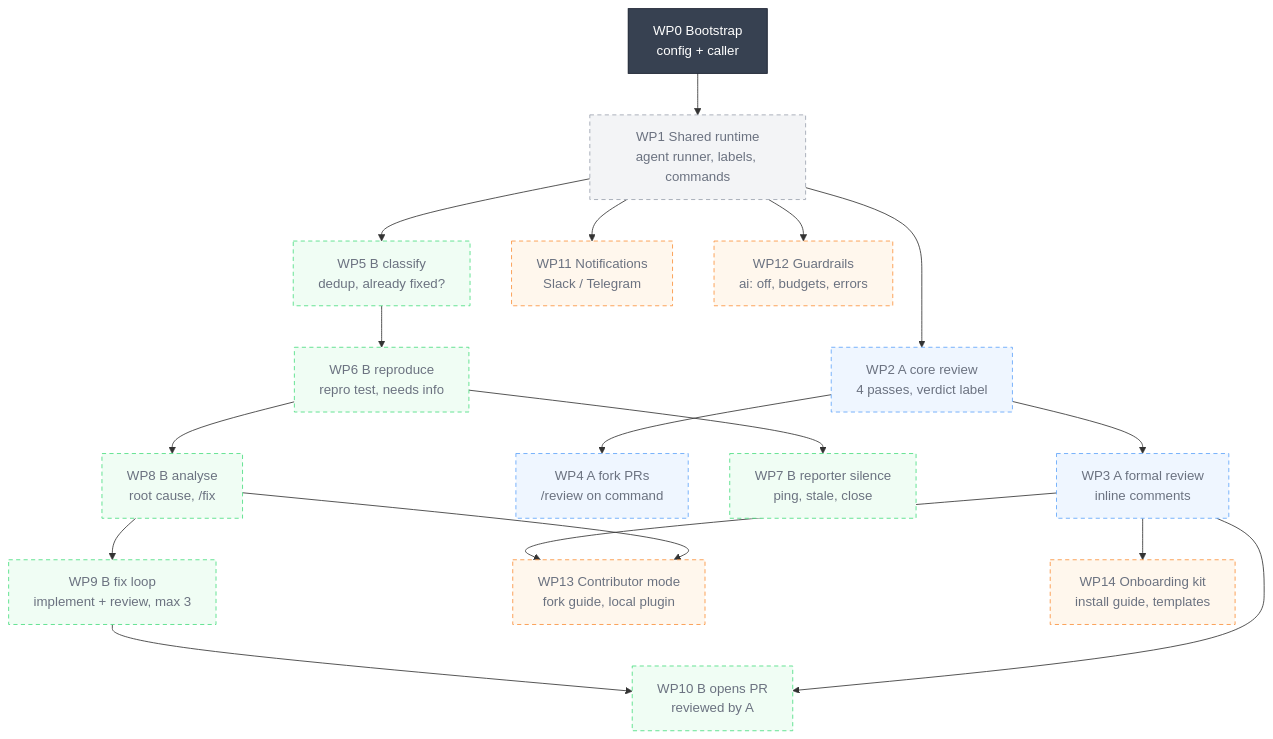
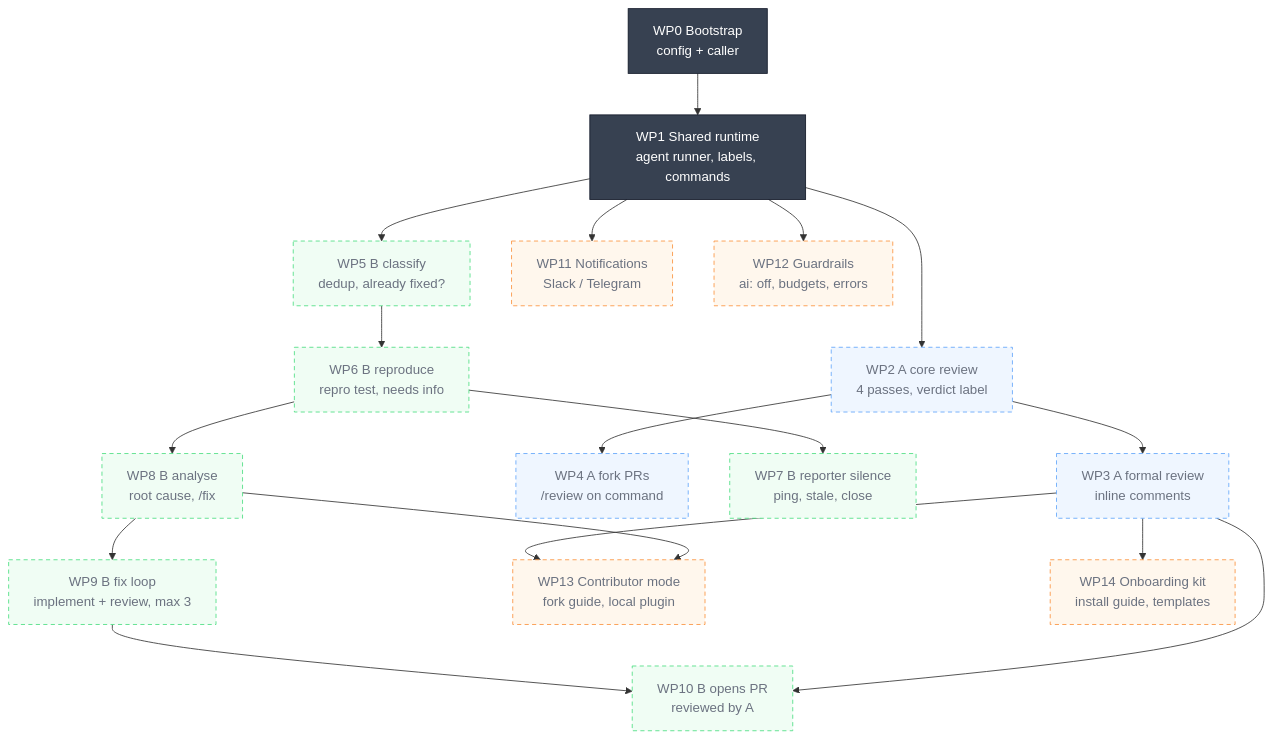
Before and after one commit to esciara/ai-workflows: the first of 2 diagrams in docs/diagrams.md, drawn with Mermaid. The commit also changed 1 other file, not shown here.

Commit message:
docs: WP1 done (progress, diagram)
Claude-Session: https://claude.ai/code/session_016mqKwhLZEg4hC2qUGNcH7s

````diff
--- a/docs/diagrams.md
+++ b/docs/diagrams.md
@@ -20,47 +20,47 @@
 ```mermaid
 flowchart TD
-  WP0["WP0 Bootstrap<br/>config + caller"]:::done --> WP1["WP1 Shared runtime<br/>agent runner, labels, commands"]:::base
+  WP0["WP0 Bootstrap<br/>config + caller"]:::done --> WP1["WP1 Shared runtime<br/>agent runner, labels, commands"]:::done
 
   WP1 --> WP2["WP2 A core review<br/>4 passes, verdict label"]:::a
   WP2 --> WP3["WP3 A formal review<br/>inline comments"]:::a
   WP2 --> WP4["WP4 A fork PRs<br/>/review on command"]:::a
 
   WP1 --> WP5["WP5 B classify<br/>dedup, already fixed?"]:::b
   WP5 --> WP6["WP6 B reproduce<br/>repro test, needs info"]:::b
   WP6 --> WP7["WP7 B reporter silence<br/>ping, stale, close"]:::b
   WP6 --> WP8["WP8 B analyse<br/>root cause, /fix"]:::b
   WP8 --> WP9["WP9 B fix loop<br/>implement + review, max 3"]:::b
   WP9 --> WP10["WP10 B opens PR<br/>reviewed by A"]:::b
   WP3 --> WP10
 
   WP1 --> WP11["WP11 Notifications<br/>Slack / Telegram"]:::x
   WP1 --> WP12["WP12 Guardrails<br/>ai: off, budgets, errors"]:::x
   WP3 --> WP13["WP13 Contributor mode<br/>fork guide, local plugin"]:::x
   WP8 --> WP13
   WP3 --> WP14["WP14 Onboarding kit<br/>install guide, templates"]:::x
 
   click WP0 "https://github.com/esciara/ai-workflows/blob/main/docs/plan.md?plain=1#L32" "Open WP0 in docs/plan.md" _blank
   click WP1 "https://github.com/esciara/ai-workflows/blob/main/docs/plan.md?plain=1#L33" "Open WP1 in docs/plan.md" _blank
   click WP2 "https://github.com/esciara/ai-workflows/blob/main/docs/plan.md?plain=1#L34" "Open WP2 in docs/plan.md" _blank
   click WP3 "https://github.com/esciara/ai-workflows/blob/main/docs/plan.md?plain=1#L35" "Open WP3 in docs/plan.md" _blank
   click WP4 "https://github.com/esciara/ai-workflows/blob/main/docs/plan.md?plain=1#L36" "Open WP4 in docs/plan.md" _blank
   click WP5 "https://github.com/esciara/ai-workflows/blob/main/docs/plan.md?plain=1#L37" "Open WP5 in docs/plan.md" _blank
   click WP6 "https://github.com/esciara/ai-workflows/blob/main/docs/plan.md?plain=1#L38" "Open WP6 in docs/plan.md" _blank
   click WP7 "https://github.com/esciara/ai-workflows/blob/main/docs/plan.md?plain=1#L39" "Open WP7 in docs/plan.md" _blank
   click WP8 "https://github.com/esciara/ai-workflows/blob/main/docs/plan.md?plain=1#L40" "Open WP8 in docs/plan.md" _blank
   click WP9 "https://github.com/esciara/ai-workflows/blob/main/docs/plan.md?plain=1#L41" "Open WP9 in docs/plan.md" _blank
   click WP10 "https://github.com/esciara/ai-workflows/blob/main/docs/plan.md?plain=1#L42" "Open WP10 in docs/plan.md" _blank
   click WP11 "https://github.com/esciara/ai-workflows/blob/main/docs/plan.md?plain=1#L43" "Open WP11 in docs/plan.md" _blank
   click WP12 "https://github.com/esciara/ai-workflows/blob/main/docs/plan.md?plain=1#L44" "Open WP12 in docs/plan.md" _blank
   click WP13 "https://github.com/esciara/ai-workflows/blob/main/docs/plan.md?plain=1#L45" "Open WP13 in docs/plan.md" _blank
   click WP14 "https://github.com/esciara/ai-workflows/blob/main/docs/plan.md?plain=1#L46" "Open WP14 in docs/plan.md" _blank
 
   classDef done fill:#374151,stroke:#111827,color:#ffffff
   classDef base fill:#f3f4f6,stroke:#9ca3af,stroke-dasharray:5 4,color:#6b7280
   classDef a fill:#eff6ff,stroke:#60a5fa,stroke-dasharray:5 4,color:#6b7280
   classDef b fill:#f0fdf4,stroke:#4ade80,stroke-dasharray:5 4,color:#6b7280
   classDef x fill:#fff7ed,stroke:#fb923c,stroke-dasharray:5 4,color:#6b7280
   classDef aDone fill:#1d4ed8,stroke:#1e3a8a,color:#ffffff
   classDef bDone fill:#15803d,stroke:#14532d,color:#ffffff
   classDef xDone fill:#c2410c,stroke:#7c2d12,color:#ffffff
 ```
````
